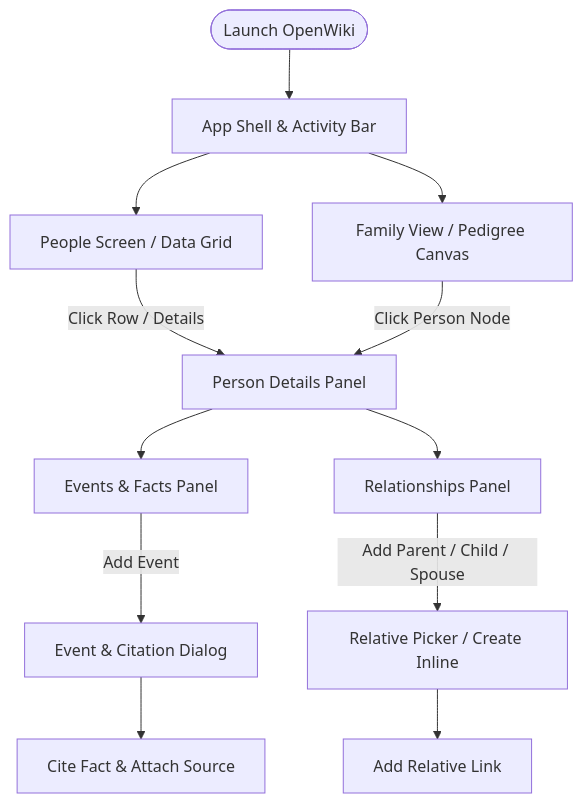
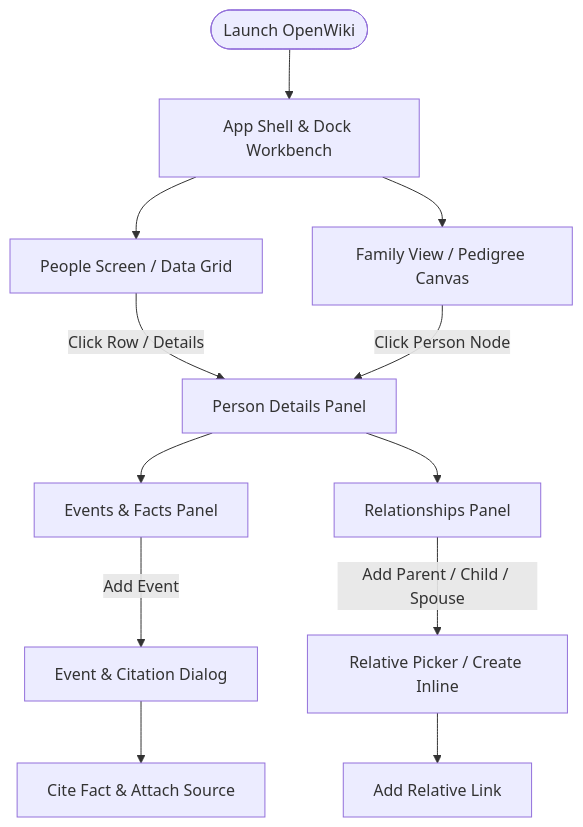
One commit to alerum68/Theogony changed the diagram in openwiki/workflows/user-workflows.md. Above: the diagram before and after it, drawn with Mermaid. The commit also changed other lines of this file and 15 other files, not shown here.

````diff
--- a/openwiki/workflows/user-workflows.md
+++ b/openwiki/workflows/user-workflows.md
@@ -28,18 +31,18 @@
 ```mermaid
 flowchart TD
-    Start([Launch OpenWiki]) --> Shell[App Shell & Activity Bar]
+    Start([Launch OpenWiki]) --> Shell[App Shell & Dock Workbench]
     Shell --> PeopleList[People Screen / Data Grid]
     Shell --> TreeView[Family View / Pedigree Canvas]
     
     PeopleList -->|Click Row / Details| PersonDetails[Person Details Panel]
     TreeView -->|Click Person Node| PersonDetails
     
     PersonDetails --> Events[Events & Facts Panel]
     PersonDetails --> Rels[Relationships Panel]
     
     Events -->|Add Event| EventDialog[Event & Citation Dialog]
     Rels -->|Add Parent / Child / Spouse| RelativePicker[Relative Picker / Create Inline]
     
     EventDialog --> CiteFact[Cite Fact & Attach Source]
     RelativePicker --> AddRel[Add Relative Link]
 ```
````
